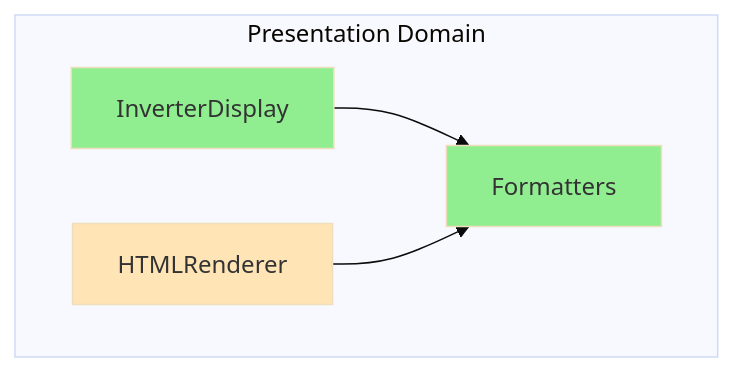
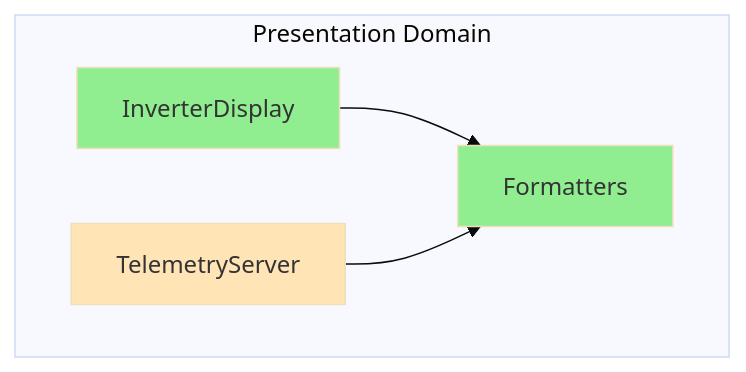
One commit to William12556/solax-modbus changed the second of 2 diagrams in ai/workspace/design/design-af5c3d4e-domain_presentation.md. Above: the diagram before and after it, drawn with Mermaid (base theme). The commit also changed other lines of this file and 6 other files, not shown here.

````diff
--- a/ai/workspace/design/design-af5c3d4e-domain_presentation.md
+++ b/ai/workspace/design/design-af5c3d4e-domain_presentation.md
@@ -138,15 +138,15 @@
 ```mermaid
 flowchart TD
     subgraph "Presentation Domain"
         CONSOLE[InverterDisplay]
-        HTML[HTMLRenderer]
+        SERVER[TelemetryServer]
         FMT[Formatters]
     end
     
     CONSOLE --> FMT
-    HTML --> FMT
+    SERVER --> FMT
     
     style CONSOLE fill:#90EE90
-    style HTML fill:#FFE4B5
+    style SERVER fill:#FFE4B5
     style FMT fill:#90EE90
 ```
````
